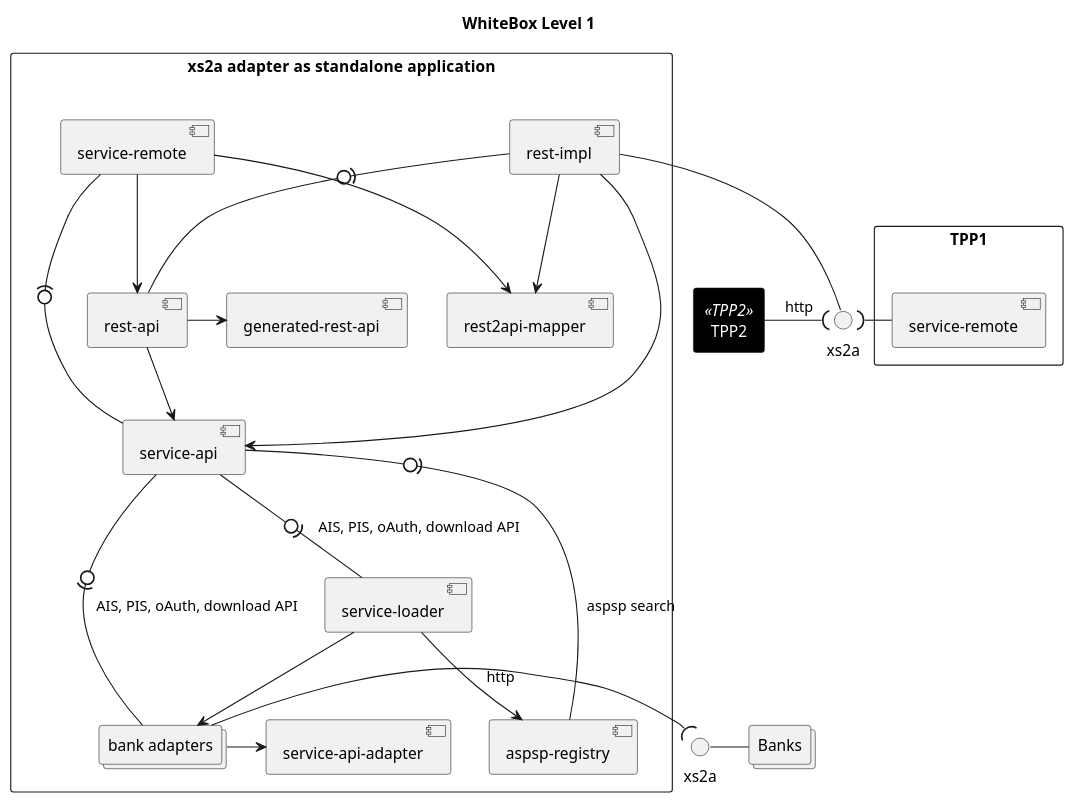
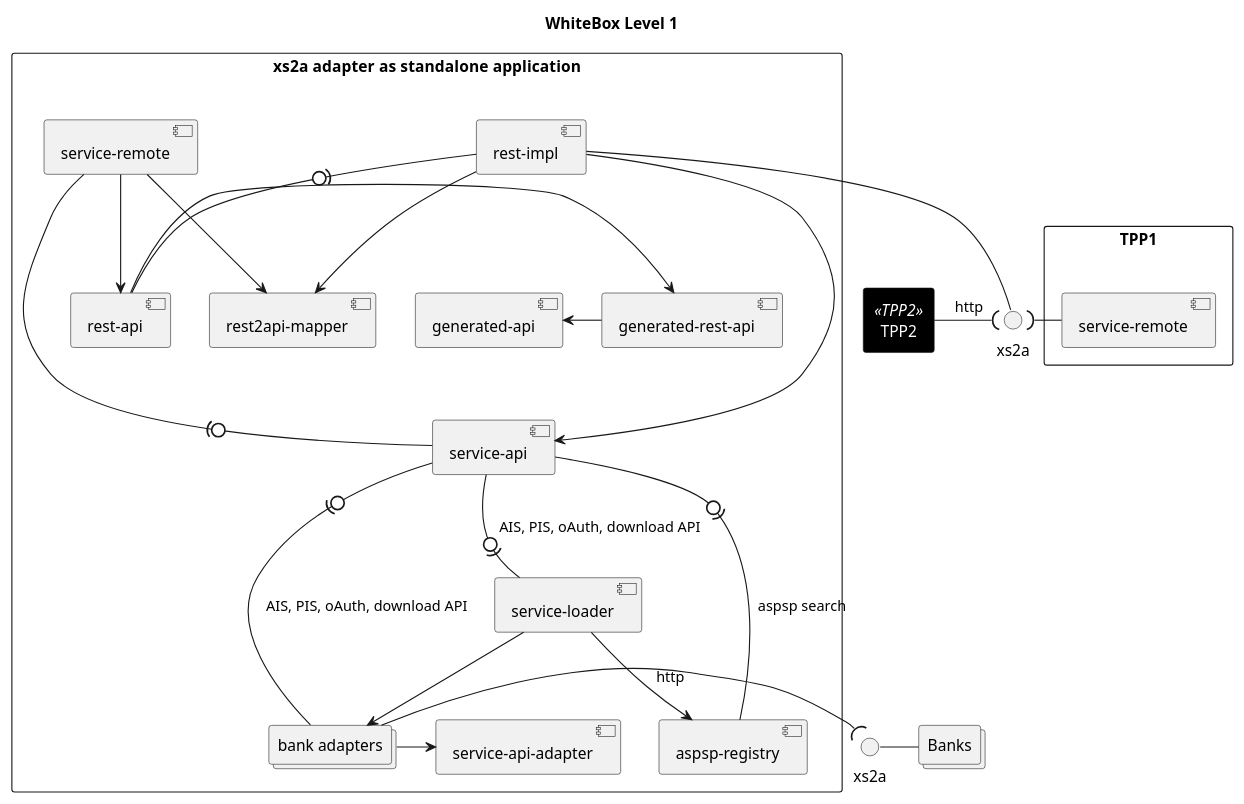
The diagram in docs/arc42/puml/whitebox_lv1_stanalone.puml (adorsys/xs2a-adapter), drawn with PlantUML before and after one commit. The commit also changed 2 other files, not shown here.

Commit message:
update whitebox diagrams. add blackbox descriptions

```diff
--- a/docs/arc42/puml/whitebox_lv1_stanalone.puml
+++ b/docs/arc42/puml/whitebox_lv1_stanalone.puml
@@ -1,58 +1,60 @@
 @startuml
 skinparam rectangle<<TPP2>> {
     BackgroundColor black
     FontColor white
 }
 
 title WhiteBox Level 1
 
 rectangle tpp1 as "TPP1" {
     component tsr as "service-remote"
 }
 
 rectangle tpp2 <<TPP2>> as "TPP2"
 
 collections banks as "Banks"
 
 interface "xs2a" as ahttp
 
 interface "xs2a" as bhttp
 
 rectangle xa as "xs2a adapter as standalone  application" {
     component sr as "service-remote"
 	component ar as "aspsp-registry"
 	component gra as "generated-rest-api"
+	component ga as "generated-api"
 	component r2am as "rest2api-mapper"
 	component ra as "rest-api"
 	component ri as "rest-impl"
 	component sa as "service-api"
 	component saa as "service-api-adapter"
 	component sl as "service-loader"
 
 	collections ba as "bank adapters"
 }
 
 	sl --> ar
 '	ra -> ar
 	sl --> ba
 	sa -0)- sl: AIS, PIS, oAuth, download API
-	ra --> sa
-	ra -> gra
+	'ra --> sa
+	gra <- ra
+	ga <- gra
 	ri --> r2am
 	ri -(0- ra
 	ri -> sa
-	sr -> r2am
+	sr --> r2am
 	ba -> saa
 	ba -(0- sa: AIS, PIS, oAuth, download API
 	ri --() ahttp
 	tpp2 -( ahttp: http
     tsr -( ahttp
-	sr -(0- sa
+	sr --(0- sa
 	sr --> ra
 	ar -(0-sa: aspsp search
 
 '	banks --()
 	bhttp -right-() banks
 	ba -( bhttp: http
 
 @enduml
```
